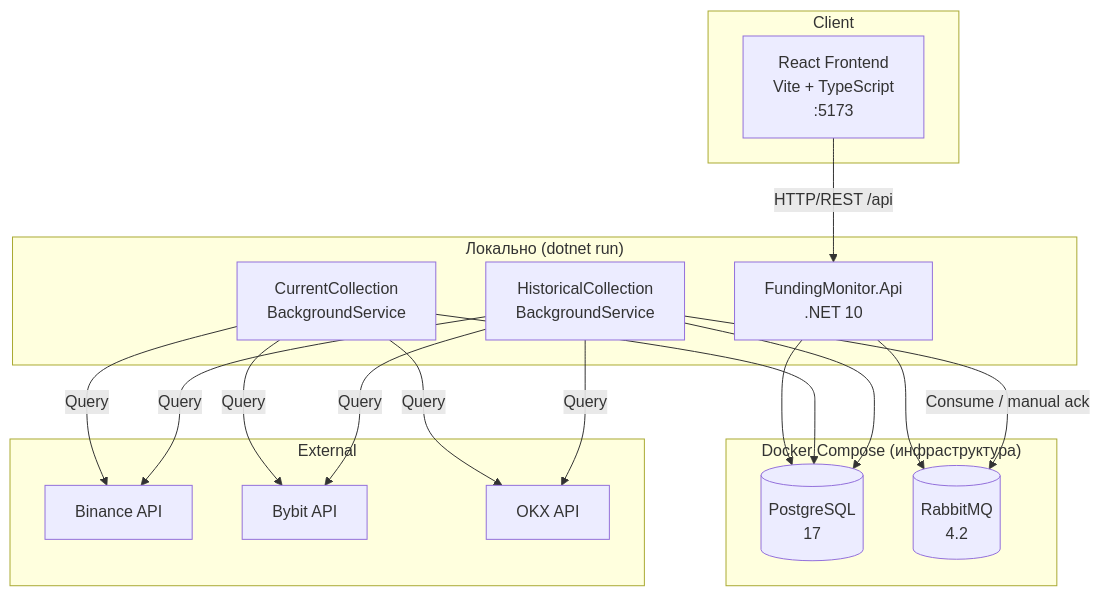
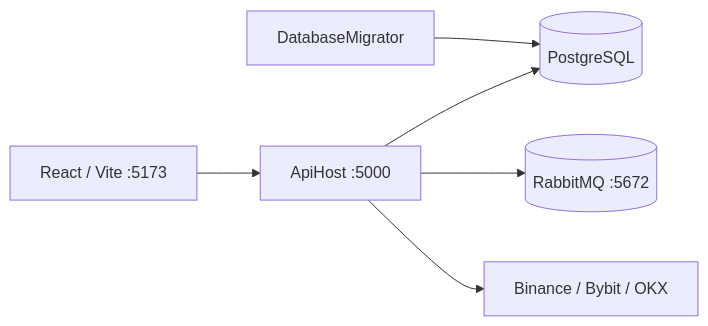
The third of 3 diagrams in docs/architecture/USE_CASE_DIAGRAM.md (Grigory50012/FundingMonitor), drawn with Mermaid before and after one commit. The commit also changed other lines of this file and 150 other files, not shown here.

````diff
--- a/docs/architecture/USE_CASE_DIAGRAM.md
+++ b/docs/architecture/USE_CASE_DIAGRAM.md
@@ -236,36 +61,8 @@
 ```mermaid
-graph TB
-    subgraph "Docker Compose (инфраструктура)"
-        PG[(PostgreSQL<br/>17)]
-        RabbitMQ[(RabbitMQ<br/>4.2)]
-    end
-
-    subgraph "Локально (dotnet run)"
-        API[FundingMonitor.Api<br/>.NET 10]
-        BG1[CurrentCollection<br/>BackgroundService]
-        BG2[HistoricalCollection<br/>BackgroundService]
-    end
-
-    subgraph "External"
-        Binance[Binance API]
-        Bybit[Bybit API]
-        OKX[OKX API]
-    end
-
-    subgraph "Client"
-        Frontend[React Frontend<br/>Vite + TypeScript<br/>:5173]
-    end
-
-    Frontend -->|HTTP/REST /api| API
+flowchart LR
+    Migrator[DatabaseMigrator] --> PG[(PostgreSQL)]
+    Frontend[React / Vite :5173] --> API[ApiHost :5000]
     API --> PG
-    API --> RabbitMQ
-    BG1 -->|Query| Binance
-    BG1 -->|Query| Bybit
-    BG1 -->|Query| OKX
-    BG2 -->|Consume / manual ack| RabbitMQ
-    BG2 -->|Query| Binance
-    BG2 -->|Query| Bybit
-    BG2 -->|Query| OKX
-    BG1 --> PG
-    BG2 --> PG
+    API --> MQ[(RabbitMQ :5672)]
+    API --> Exchanges[Binance / Bybit / OKX]
 ```
````
